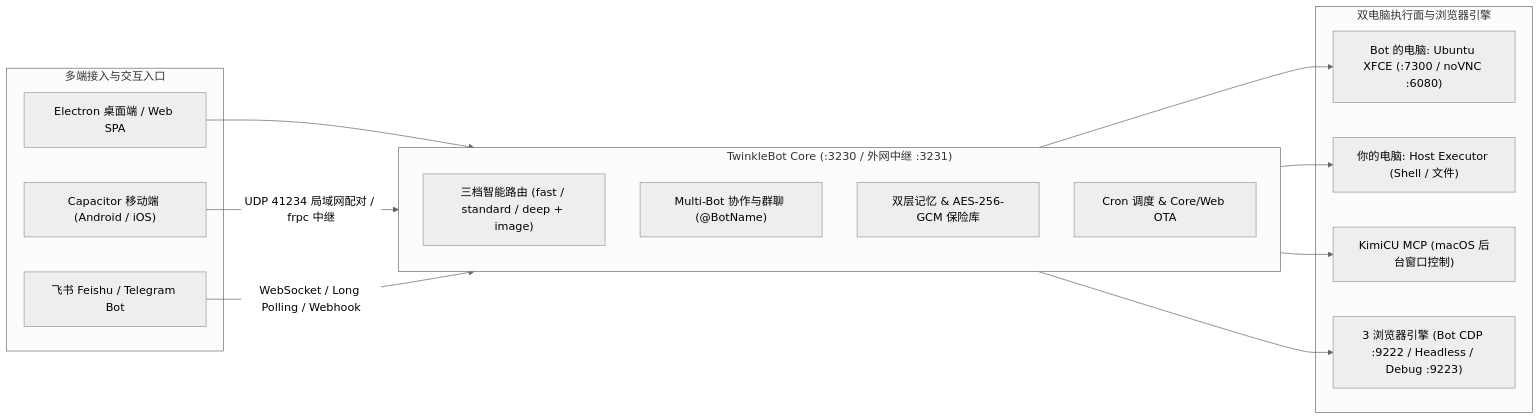
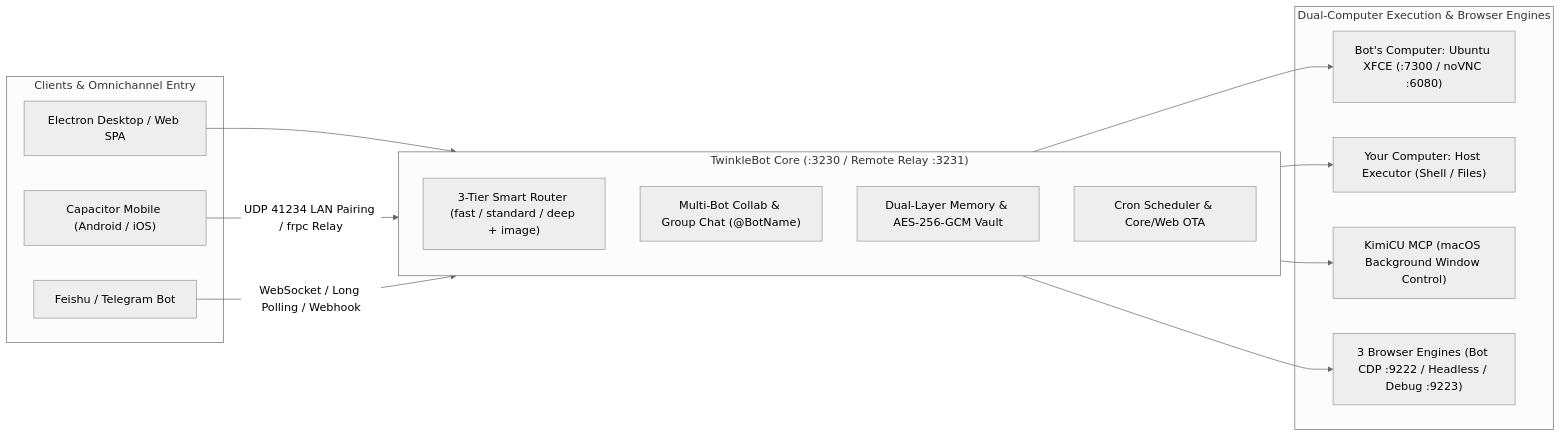
The diagram in README.md (caixy-plus/twinklebot), drawn with Mermaid before and after one commit. The commit also changed other lines of this file and 3 other files, not shown here.

````diff
--- a/README.md
+++ b/README.md
@@ -99,31 +104,31 @@
 ```mermaid
 %%{init: {'theme': 'neutral'}}%%
 flowchart LR
-  subgraph Clients["多端接入与交互入口"]
-    Desktop["Electron 桌面端 / Web SPA"]
-    Mobile["Capacitor 移动端 (Android / iOS)"]
-    IM["飞书 Feishu / Telegram Bot"]
+  subgraph Clients["Clients & Omnichannel Entry"]
+    Desktop["Electron Desktop / Web SPA"]
+    Mobile["Capacitor Mobile (Android / iOS)"]
+    IM["Feishu / Telegram Bot"]
   end
 
-  subgraph Core["TwinkleBot Core (:3230 / 外网中继 :3231)"]
-    Router["三档智能路由 (fast / standard / deep + image)"]
-    Collab["Multi-Bot 协作与群聊 (@BotName)"]
-    Memory["双层记忆 & AES-256-GCM 保险库"]
-    OTA["Cron 调度 & Core/Web OTA"]
+  subgraph Core["TwinkleBot Core (:3230 / Remote Relay :3231)"]
+    Router["3-Tier Smart Router (fast / standard / deep + image)"]
+    Collab["Multi-Bot Collab & Group Chat (@BotName)"]
+    Memory["Dual-Layer Memory & AES-256-GCM Vault"]
+    OTA["Cron Scheduler & Core/Web OTA"]
   end
 
-  subgraph Exec["双电脑执行面与浏览器引擎"]
-    BotPC["Bot 的电脑: Ubuntu XFCE (:7300 / noVNC :6080)"]
-    HostPC["你的电脑: Host Executor (Shell / 文件)"]
-    KimiCU["KimiCU MCP (macOS 后台窗口控制)"]
-    Chrome["3 浏览器引擎 (Bot CDP :9222 / Headless / Debug :9223)"]
+  subgraph Exec["Dual-Computer Execution & Browser Engines"]
+    BotPC["Bot's Computer: Ubuntu XFCE (:7300 / noVNC :6080)"]
+    HostPC["Your Computer: Host Executor (Shell / Files)"]
+    KimiCU["KimiCU MCP (macOS Background Window Control)"]
+    Chrome["3 Browser Engines (Bot CDP :9222 / Headless / Debug :9223)"]
   end
 
   Desktop --> Core
-  Mobile -->|"UDP 41234 局域网配对 / frpc 中继"| Core
+  Mobile -->|"UDP 41234 LAN Pairing / frpc Relay"| Core
   IM -->|"WebSocket / Long Polling / Webhook"| Core
   Core --> BotPC
   Core --> HostPC
   Core --> KimiCU
   Core --> Chrome
 ```
````
